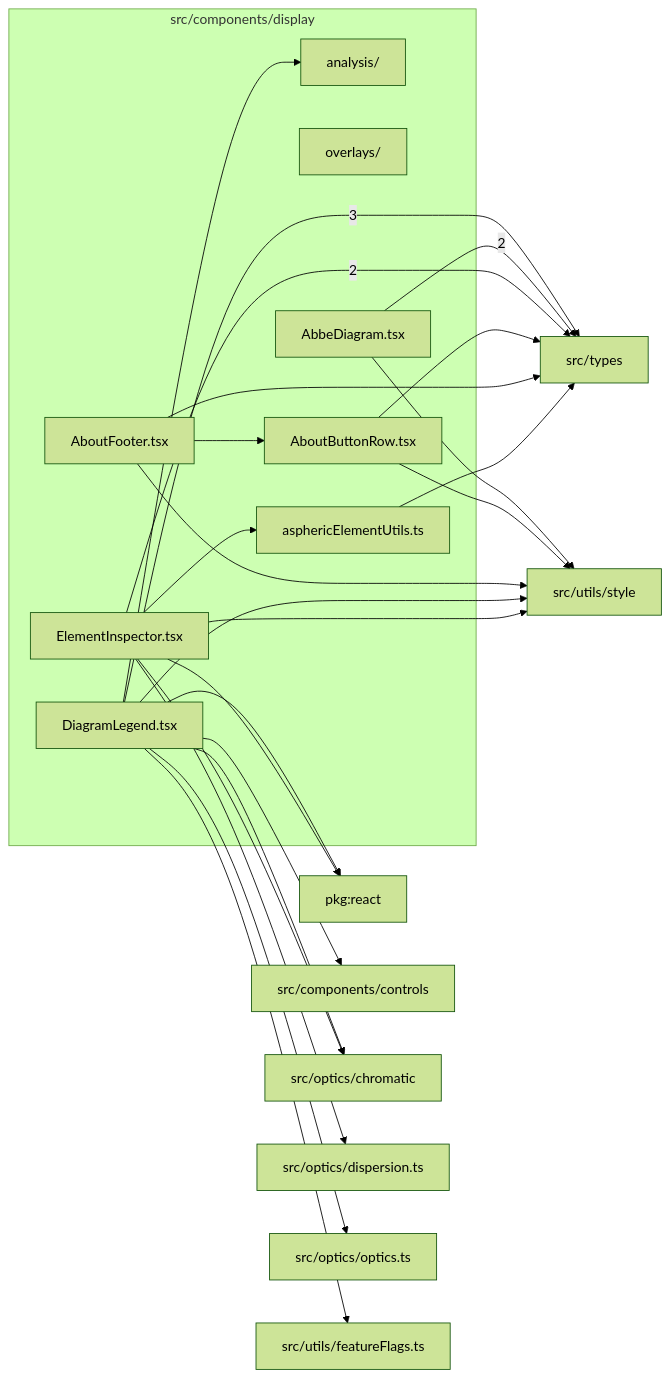
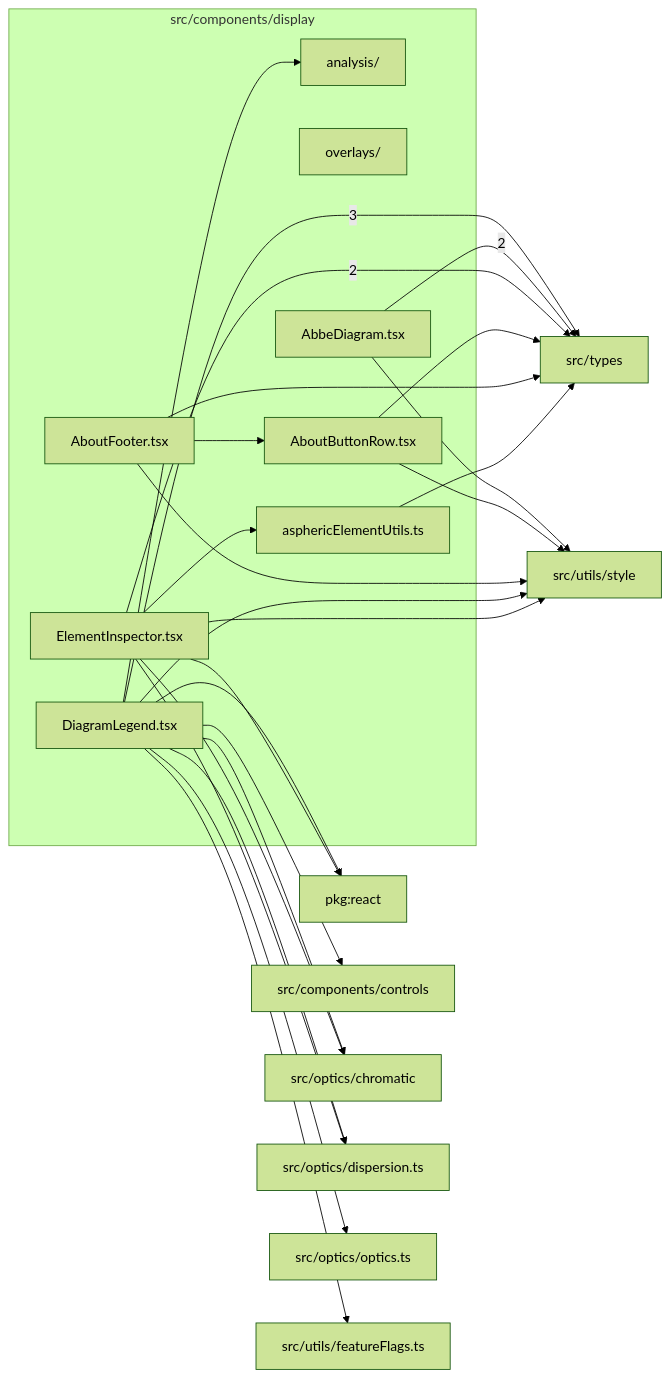
Before and after one commit to ronbuening/LensVisualizer: the diagram in src/components/display/readme.md, drawn with Mermaid (forest theme). The commit also changed other lines of this file and 17 other files, not shown here.

Commit message:
Refine source diagrams and qualify missing dispersion

````diff
--- a/src/components/display/readme.md
+++ b/src/components/display/readme.md
@@ -9,43 +9,44 @@
 ```mermaid
 flowchart LR
   subgraph n_src_components_display["src/components/display"]
     n_src_components_display_src_components_display_analysis["analysis/"]
     n_src_components_display_src_components_display_overlays["overlays/"]
     n_src_components_display_src_components_display_AbbeDiagram_tsx["AbbeDiagram.tsx"]
     n_src_components_display_src_components_display_AboutButtonRow_tsx["AboutButtonRow.tsx"]
     n_src_components_display_src_components_display_AboutFooter_tsx["AboutFooter.tsx"]
     n_src_components_display_src_components_display_asphericElementUtils_ts["asphericElementUtils.ts"]
     n_src_components_display_src_components_display_DiagramLegend_tsx["DiagramLegend.tsx"]
     n_src_components_display_src_components_display_ElementInspector_tsx["ElementInspector.tsx"]
   end
   n_external_src_types["src/types"]
   n_external_pkg_react["pkg:react"]
   n_external_src_components_controls["src/components/controls"]
   n_external_src_optics_chromatic["src/optics/chromatic"]
   n_external_src_optics_dispersion_ts["src/optics/dispersion.ts"]
   n_external_src_optics_optics_ts["src/optics/optics.ts"]
   n_external_src_utils_featureFlags_ts["src/utils/featureFlags.ts"]
   n_external_src_utils_style["src/utils/style"]
   n_src_components_display_src_components_display_DiagramLegend_tsx --> |3| n_external_src_types
   n_src_components_display_src_components_display_AbbeDiagram_tsx --> |2| n_external_src_types
   n_src_components_display_src_components_display_ElementInspector_tsx --> |2| n_external_src_types
   n_src_components_display_src_components_display_DiagramLegend_tsx --> n_external_pkg_react
   n_src_components_display_src_components_display_ElementInspector_tsx --> n_external_pkg_react
   n_src_components_display_src_components_display_DiagramLegend_tsx --> n_external_src_components_controls
   n_src_components_display_src_components_display_DiagramLegend_tsx --> n_external_src_optics_chromatic
   n_src_components_display_src_components_display_ElementInspector_tsx --> n_external_src_optics_chromatic
+  n_src_components_display_src_components_display_DiagramLegend_tsx --> n_external_src_optics_dispersion_ts
   n_src_components_display_src_components_display_ElementInspector_tsx --> n_external_src_optics_dispersion_ts
   n_src_components_display_src_components_display_DiagramLegend_tsx --> n_external_src_optics_optics_ts
   n_src_components_display_src_components_display_AboutButtonRow_tsx --> n_external_src_types
   n_src_components_display_src_components_display_AboutFooter_tsx --> n_external_src_types
   n_src_components_display_src_components_display_asphericElementUtils_ts --> n_external_src_types
   n_src_components_display_src_components_display_DiagramLegend_tsx --> n_external_src_utils_featureFlags_ts
   n_src_components_display_src_components_display_AbbeDiagram_tsx --> n_external_src_utils_style
   n_src_components_display_src_components_display_AboutButtonRow_tsx --> n_external_src_utils_style
   n_src_components_display_src_components_display_AboutFooter_tsx --> n_external_src_utils_style
   n_src_components_display_src_components_display_DiagramLegend_tsx --> n_external_src_utils_style
   n_src_components_display_src_components_display_ElementInspector_tsx --> n_external_src_utils_style
   n_src_components_display_src_components_display_AboutFooter_tsx --> n_src_components_display_src_components_display_AboutButtonRow_tsx
   n_src_components_display_src_components_display_DiagramLegend_tsx --> n_src_components_display_src_components_display_analysis
   n_src_components_display_src_components_display_ElementInspector_tsx --> n_src_components_display_src_components_display_asphericElementUtils_ts
 ```
````
